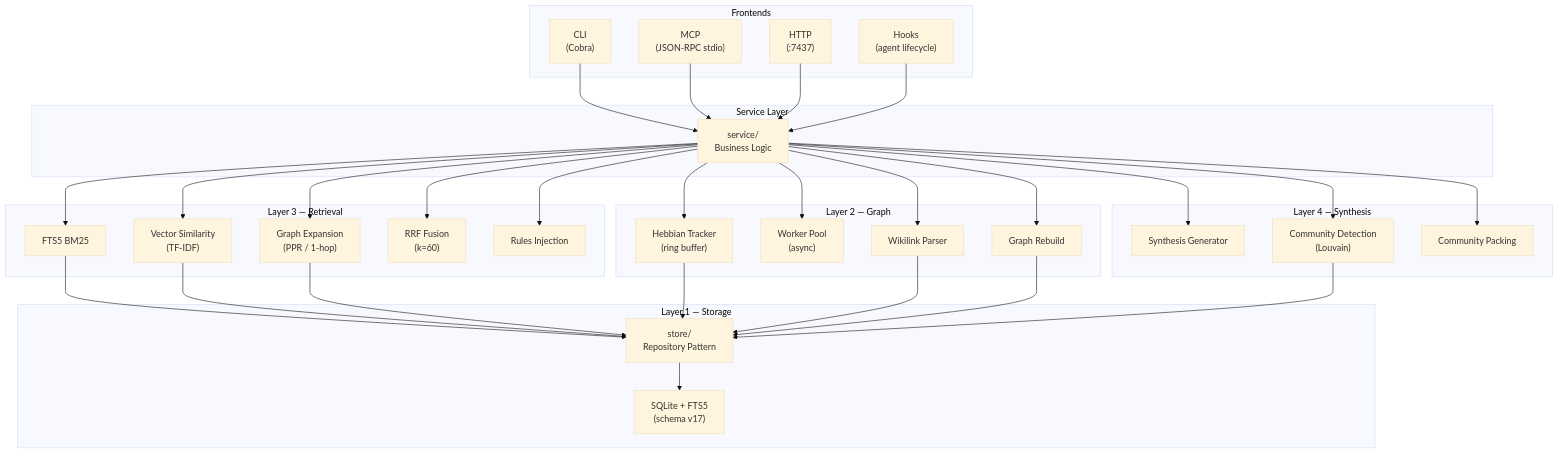
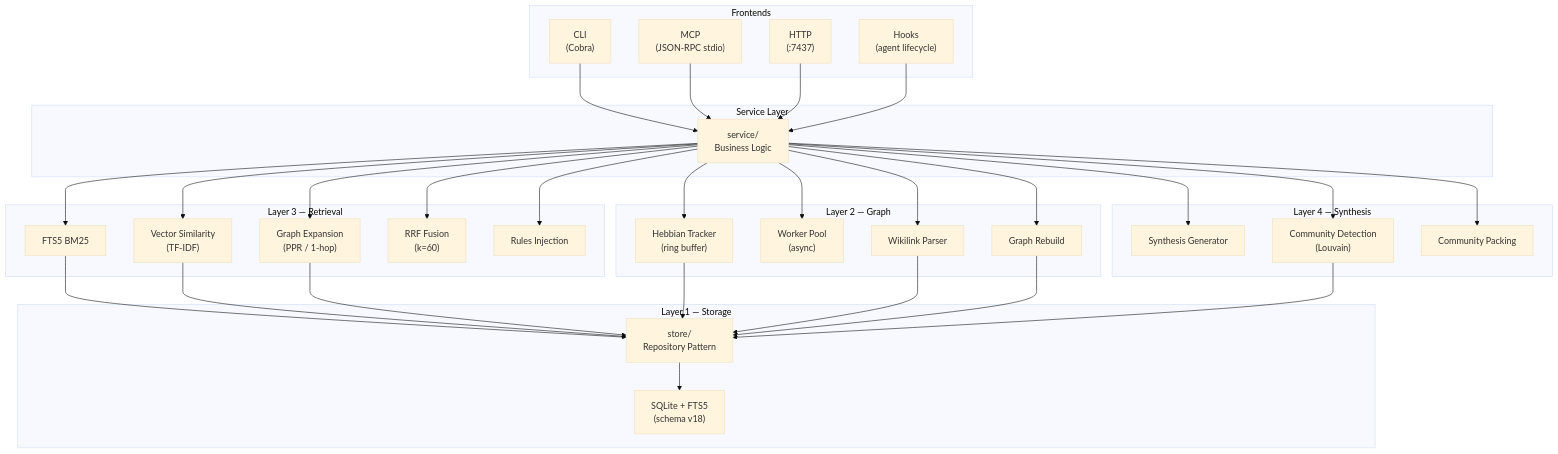
One commit to wirvii/mneme changed the first of 11 diagrams in docs/ARCHITECTURE.md. Above: the diagram before and after it, drawn with Mermaid (base theme). The commit also changed other lines of this file and 5 other files, not shown here.

````diff
--- a/docs/ARCHITECTURE.md
+++ b/docs/ARCHITECTURE.md
@@ -47,69 +47,69 @@
 ```mermaid
 graph TB
     subgraph Frontends
         CLI["CLI<br/>(Cobra)"]
         MCP["MCP<br/>(JSON-RPC stdio)"]
         HTTP["HTTP<br/>(:7437)"]
         HOOKS["Hooks<br/>(agent lifecycle)"]
     end
 
     subgraph "Service Layer"
         SVC["service/<br/>Business Logic"]
     end
 
     subgraph "Layer 4 — Synthesis"
         SYNTH["Synthesis Generator"]
         COMM["Community Detection<br/>(Louvain)"]
         CPAK["Community Packing"]
     end
 
     subgraph "Layer 3 — Retrieval"
         FTS["FTS5 BM25"]
         VEC["Vector Similarity<br/>(TF-IDF)"]
         PPR["Graph Expansion<br/>(PPR / 1-hop)"]
         RRF["RRF Fusion<br/>(k=60)"]
         RULES["Rules Injection"]
     end
 
     subgraph "Layer 2 — Graph"
         HEBB["Hebbian Tracker<br/>(ring buffer)"]
         WORKER["Worker Pool<br/>(async)"]
         WLINK["Wikilink Parser"]
         RBLD["Graph Rebuild"]
     end
 
     subgraph "Layer 1 — Storage"
         STORE["store/<br/>Repository Pattern"]
-        DB["SQLite + FTS5<br/>(schema v17)"]
+        DB["SQLite + FTS5<br/>(schema v18)"]
     end
 
     CLI --> SVC
     MCP --> SVC
     HTTP --> SVC
     HOOKS --> SVC
 
     SVC --> SYNTH
     SVC --> COMM
     SVC --> CPAK
 
     SVC --> FTS
     SVC --> VEC
     SVC --> PPR
     SVC --> RRF
     SVC --> RULES
 
     SVC --> HEBB
     SVC --> WORKER
     SVC --> WLINK
     SVC --> RBLD
 
     FTS --> STORE
     VEC --> STORE
     PPR --> STORE
     HEBB --> STORE
     WLINK --> STORE
     RBLD --> STORE
     COMM --> STORE
 
     STORE --> DB
 ```
````
